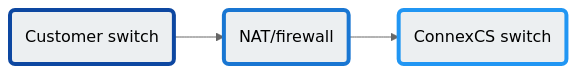
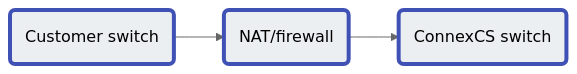
Before and after one commit to connexcs/docs: the diagram in docs/customer/auth.md, drawn with Mermaid (neutral theme).

Commit message:
Update auth.md
fixing flow format

````diff
--- a/docs/customer/auth.md
+++ b/docs/customer/auth.md
@@ -157,8 +157,8 @@
 ```mermaid
-graph LR
-A(Customer switch) --> B(NAT/firewall)
-B --> C(ConnexCS switch)
-style A fill:#ECEFF1,stroke:#0D47A1,stroke-width:4px
-style B fill:#ECEFF1,stroke:#1976D2,stroke-width:4px
-style C fill:#ECEFF1,stroke:#2196F3,stroke-width:4px
+    graph LR
+    A(Customer switch) --> B(NAT/firewall)
+    B --> C(ConnexCS switch)
+    style A fill:#ECEFF1,stroke:#4051b5,stroke-width:4px
+    style B fill:#ECEFF1,stroke:#4051b5,stroke-width:4px
+    style C fill:#ECEFF1,stroke:#4051b5,stroke-width:4px
 ```
````
